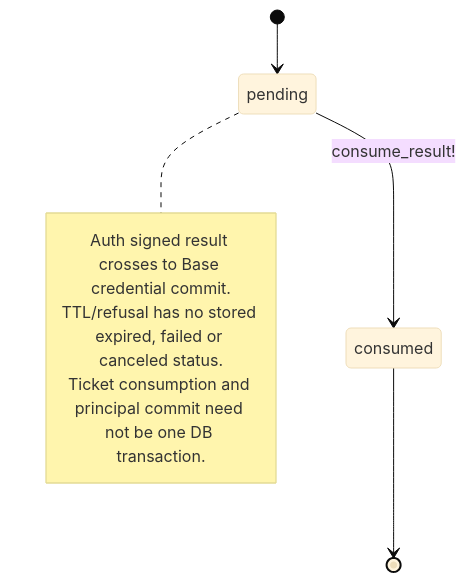
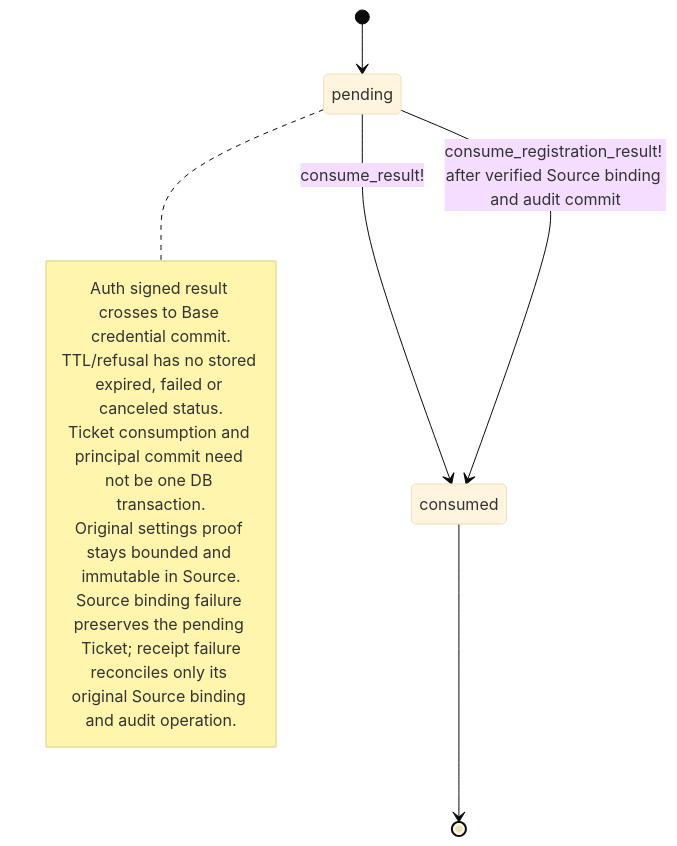
One commit to seahal/umaxica-apps-jit-global changed the diagram in docs/mermaid/idp-visitor-email-ceremony.mmd. Above: the diagram before and after it, drawn with Mermaid (base theme). The commit also changed 750 other files, not shown here.

```diff
--- a/docs/mermaid/idp-visitor-email-ceremony.mmd
+++ b/docs/mermaid/idp-visitor-email-ceremony.mmd
@@ -1,12 +1,16 @@
 stateDiagram-v2
     %% CURRENT implementation; sources and guards in transition inventory.
     state "pending" as pending
     state "consumed" as consumed
     [*] --> pending
     pending --> consumed: consume_result!
+    pending --> consumed: consume_registration_result! after verified Source binding and audit commit
     consumed --> [*]
     note right of pending
         Auth signed result crosses to Base credential commit.
         TTL/refusal has no stored expired, failed or canceled status.
         Ticket consumption and principal commit need not be one DB transaction.
+        Original settings proof stays bounded and immutable in Source.
+        Source binding failure preserves the pending Ticket; receipt failure
+        reconciles only its original Source binding and audit operation.
     end note
```
